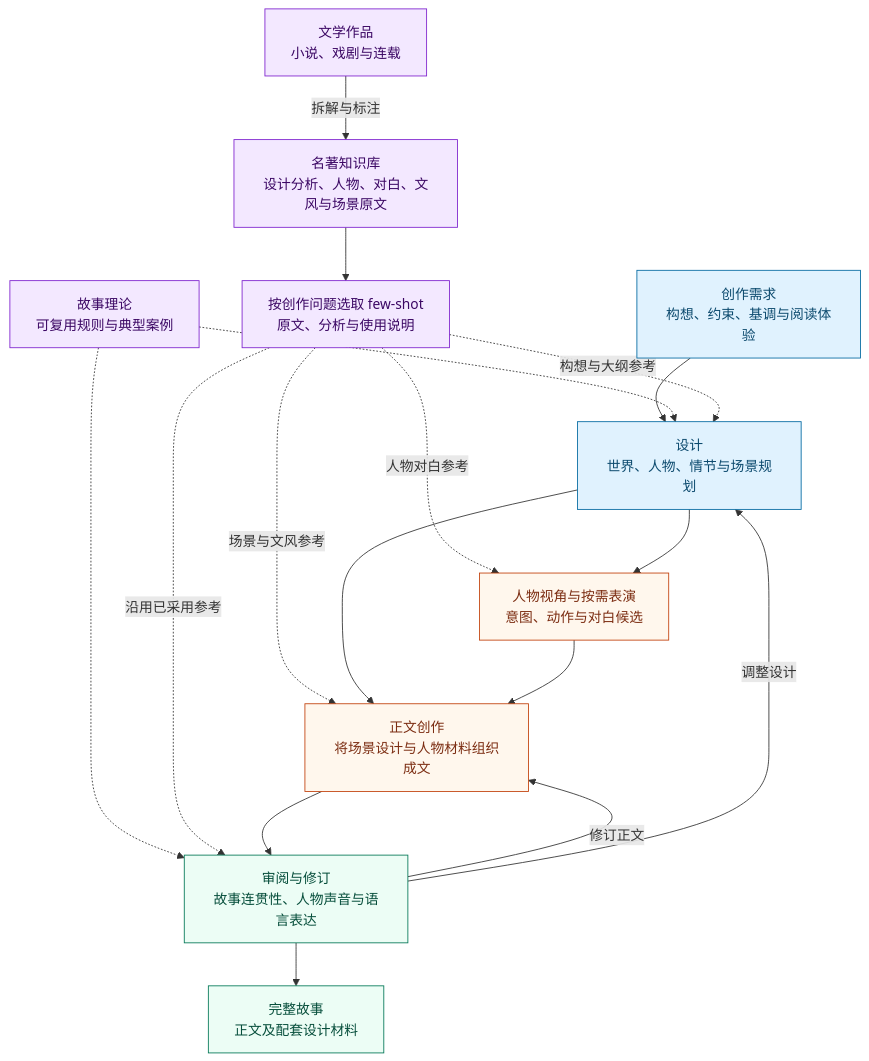
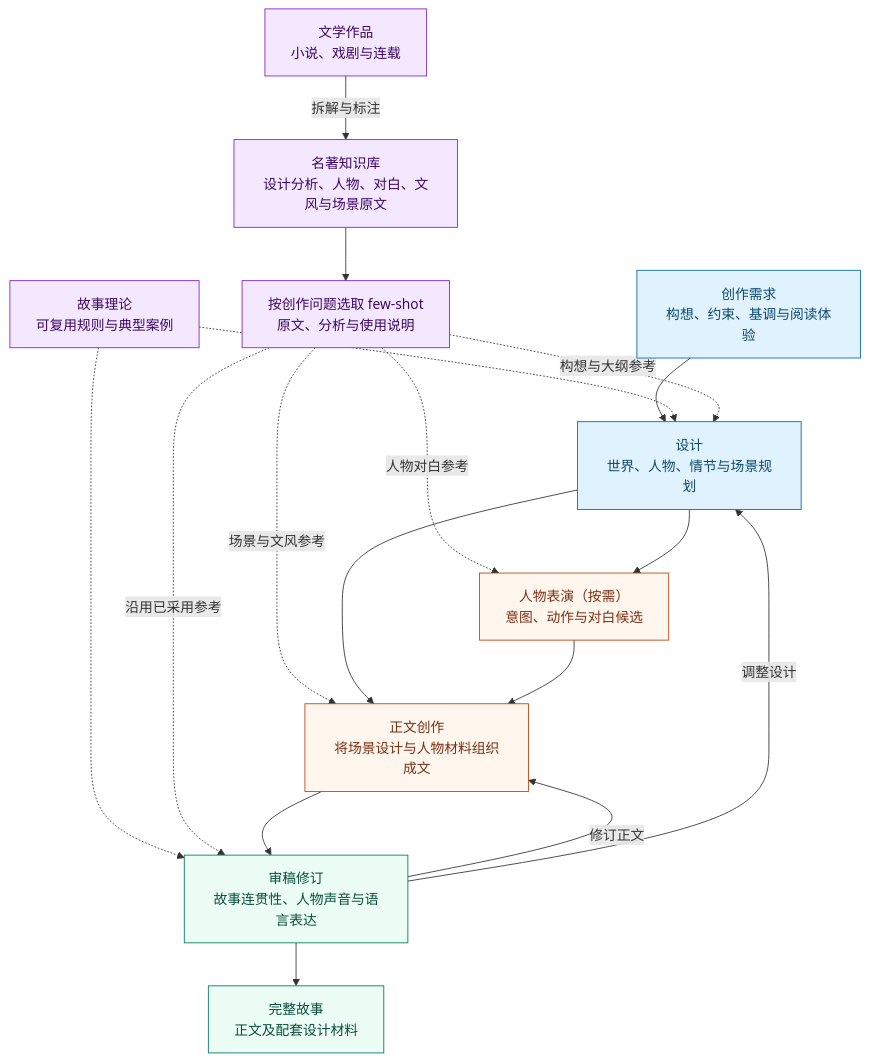
Before and after one commit to RoadtoAGI/MUSE: the diagram in README.md, drawn with Mermaid. The commit also changed other lines of this file and 1 other file, not shown here.

````diff
--- a/README.md
+++ b/README.md
@@ -63,39 +63,39 @@
 ```mermaid
 flowchart TD
     request["创作需求<br/>构想、约束、基调与阅读体验"]
     theory["故事理论<br/>可复用规则与典型案例"]
     works["文学作品<br/>小说、戏剧与连载"]
     canon["名著知识库<br/>设计分析、人物、对白、文风与场景原文"]
     examples["按创作问题选取 few-shot<br/>原文、分析与使用说明"]
     design["设计<br/>世界、人物、情节与场景规划"]
-    performance["人物视角与按需表演<br/>意图、动作与对白候选"]
+    performance["人物表演（按需）<br/>意图、动作与对白候选"]
     creation["正文创作<br/>将场景设计与人物材料组织成文"]
-    review["审阅与修订<br/>故事连贯性、人物声音与语言表达"]
+    review["审稿修订<br/>故事连贯性、人物声音与语言表达"]
     story["完整故事<br/>正文及配套设计材料"]
 
     request --> design
     theory -.-> design
     theory -.-> review
     works -- 拆解与标注 --> canon
     canon --> examples
     examples -. 构想与大纲参考 .-> design
     examples -. 人物对白参考 .-> performance
     examples -. 场景与文风参考 .-> creation
     examples -. 沿用已采用参考 .-> review
     design --> performance
     design --> creation
     performance --> creation
     creation --> review
     review -- 修订正文 --> creation
     review -- 调整设计 --> design
     review --> story
 
     classDef knowledge fill:#f3e8ff,stroke:#7e22ce,color:#3b0764
     classDef planning fill:#e0f2fe,stroke:#0369a1,color:#0c4a6e
     classDef writing fill:#fff7ed,stroke:#c2410c,color:#7c2d12
     classDef checking fill:#ecfdf5,stroke:#047857,color:#064e3b
     class works,theory,canon,examples knowledge
     class request,design planning
     class performance,creation writing
     class review,story checking
 ```
````
